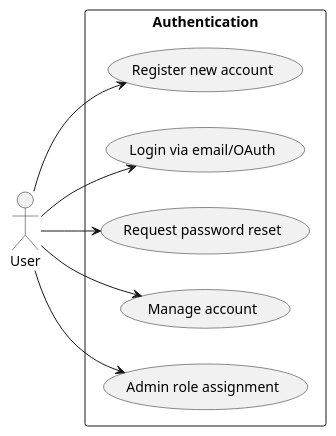
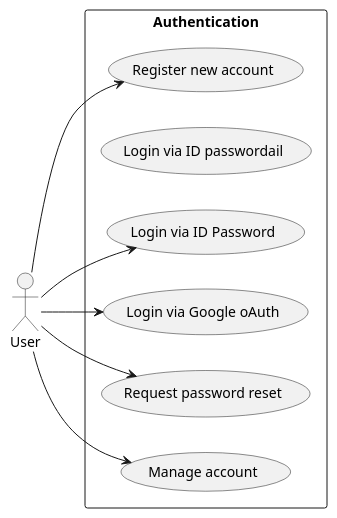
One commit to andyegli/daysave.app changed the diagram in docs/diagrams/src/usecase_authentication.puml. Above: the diagram before and after it, drawn with PlantUML. The commit also changed 15 other files, not shown here.

Commit message:
moved diagrams

```diff
--- a/docs/diagrams/src/usecase_authentication.puml
+++ b/docs/diagrams/src/usecase_authentication.puml
@@ -1,16 +1,16 @@
-@startuml
+@startuml DaySave.app Use Case Authentication
 left to right direction
 actor User
 rectangle Authentication {
   ( Register new account )
   User --> ( Register new account )
-  ( Login via email/OAuth )
-  User --> ( Login via email/OAuth )
+  ( Login via ID passwordail )
+  User --> ( Login via ID Password )
+    ( Login via Google oAuth )
+  User --> ( Login via Google oAuth )
   ( Request password reset )
   User --> ( Request password reset )
   ( Manage account )
   User --> ( Manage account )
-  ( Admin role assignment )
-  User --> ( Admin role assignment )
 }
 @enduml
```
